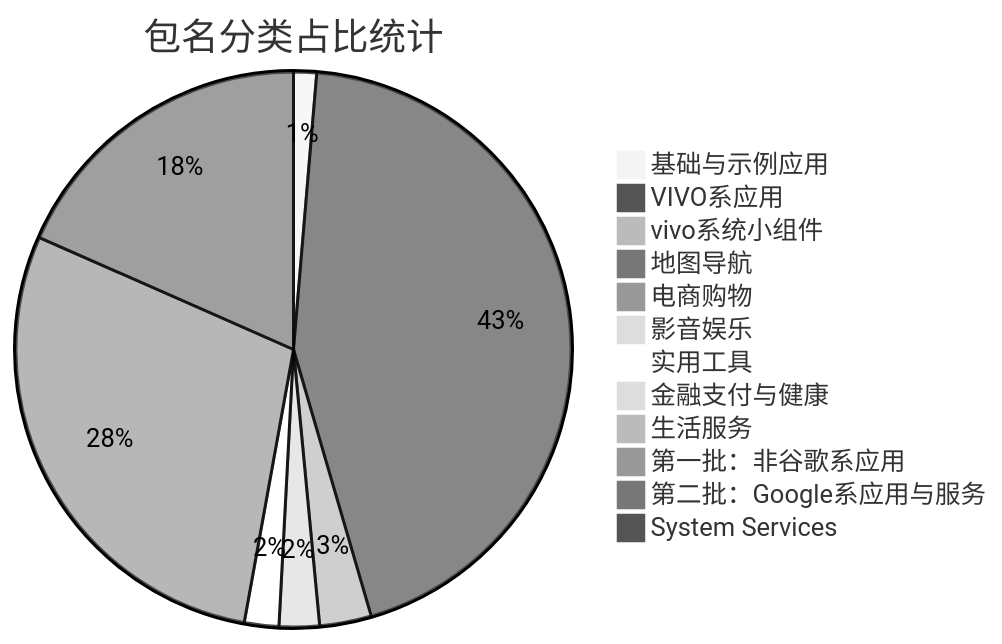
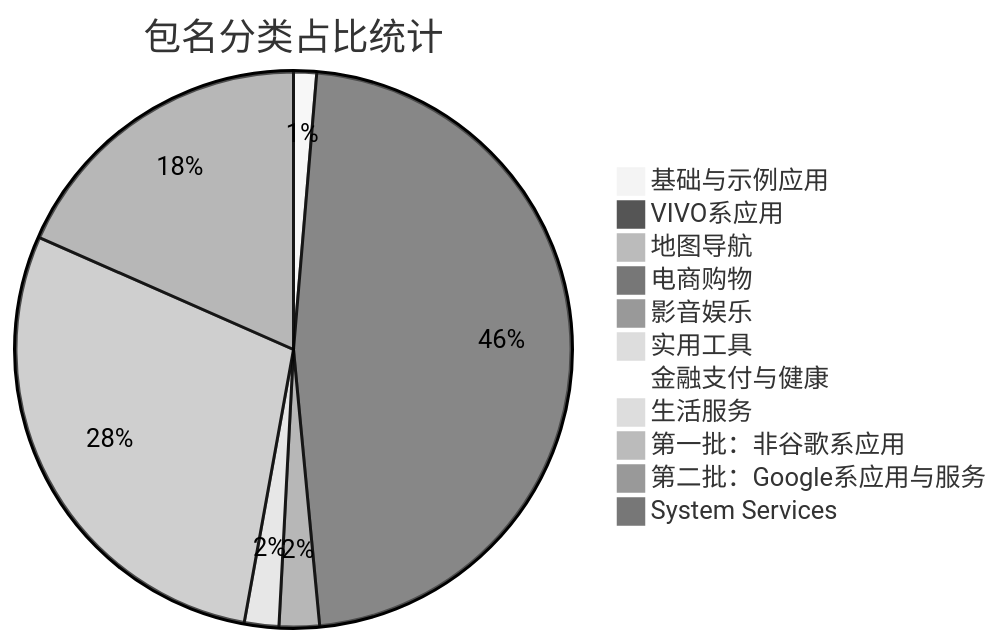
The diagram in README.md (SHILEIHUAJI/shilei-rules), drawn with Mermaid (neutral theme) before and after one commit. The commit also changed other lines of this file, not shown here.

````diff
--- a/README.md
+++ b/README.md
@@ -24,15 +24,14 @@
 ```mermaid
 pie title 包名分类占比统计
     "基础与示例应用" : 4
-    "VIVO系应用" : 132
-    "vivo系统小组件" : 9
+    "VIVO系应用" : 141
     "地图导航" : 2
     "电商购物" : 1
     "影音娱乐" : 7
     "实用工具" : 6
     "金融支付与健康" : 3
     "生活服务" : 1
     "第一批：非谷歌系应用" : 86
     "第二批：Google系应用与服务" : 55
     "System Services" : 2
 ```
````
